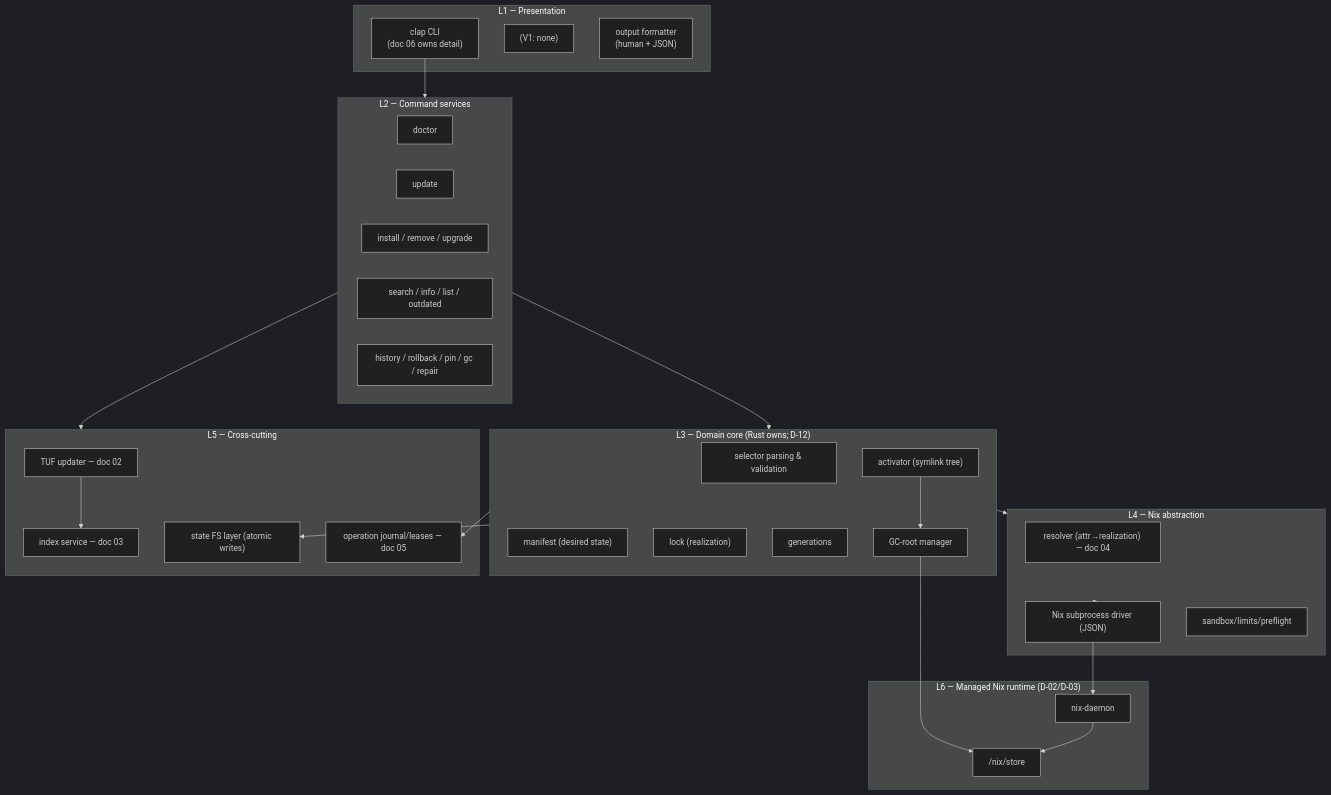
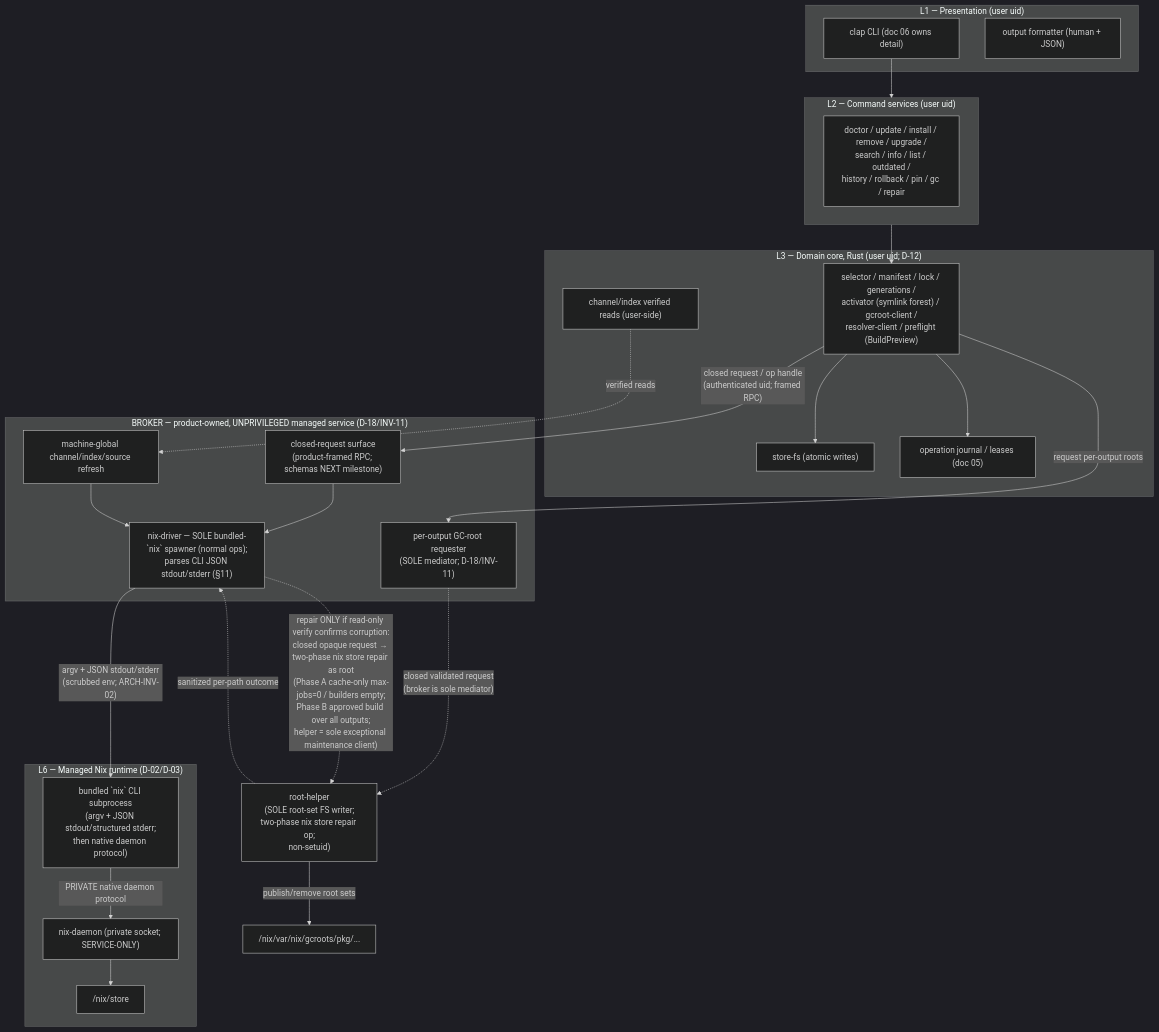
Before and after one commit to spa5k/pkg: the first of 5 diagrams in plans/01-system-architecture.md, drawn with Mermaid (dark theme). The commit also changed other lines of this file and 17 other files, not shown here.

Commit message:
docs: finalize managed Nix v1 architecture

````diff
--- a/plans/01-system-architecture.md
+++ b/plans/01-system-architecture.md
@@ -41,50 +45,46 @@
 ```mermaid
 flowchart TB
-  subgraph L1["L1 — Presentation"]
-    CLI["clap CLI<br/>(doc 06 owns detail)"]
-    TUI_MAYBE["(V1: none)"]
-    OutFmt["output formatter<br/>(human + JSON)"]
+  subgraph L1["L1 — Presentation (user uid)"]
+    CLI["clap CLI (doc 06 owns detail)"]
+    OutFmt["output formatter (human + JSON)"]
   end
 
-  subgraph L2["L2 — Command services"]
-    CmdDoc["doctor"]
-    CmdUpd["update"]
-    CmdInst["install / remove / upgrade"]
-    CmdQ["search / info / list / outdated"]
-    CmdState["history / rollback / pin / gc / repair"]
+  subgraph L2["L2 — Command services (user uid)"]
+    Cmds["doctor / update / install / remove / upgrade /<br/>search / info / list / outdated /<br/>history / rollback / pin / gc / repair"]
   end
 
-  subgraph L3["L3 — Domain core (Rust owns; D-12)"]
-    Selector["selector parsing & validation"]
-    Manifest["manifest (desired state)"]
-    Lock["lock (realization)"]
-    Gen["generations"]
-    Activator["activator (symlink tree)"]
-    GcRoot["GC-root manager"]
+  subgraph L3["L3 — Domain core, Rust (user uid; D-12)"]
+    Core["selector / manifest / lock / generations /<br/>activator (symlink forest) / gcroot-client /<br/>resolver-client / preflight (BuildPreview)"]
+    StoreFs["store-fs (atomic writes)"]
+    Journal["operation journal / leases (doc 05)"]
+    IndexRd["channel/index verified reads (user-side)"]
   end
 
-  subgraph L4["L4 — Nix abstraction"]
-    Resolver["resolver (attr→realization) — doc 04"]
-    NixDrv["Nix subprocess driver (JSON)"]
-    Sandbox["sandbox/limits/preflight"]
-  end
-
-  subgraph L5["L5 — Cross-cutting"]
-    Updater["TUF updater — doc 02"]
-    Index["index service — doc 03"]
-    StoreFs["state FS layer (atomic writes)"]
-    Journal["operation journal/leases — doc 05"]
+  subgraph BRK["BROKER — product-owned, UNPRIVILEGED managed service (D-18/INV-11)"]
+    BrkRpc["closed-request surface<br/>(product-framed RPC; schemas NEXT milestone)"]
+    NixDrv["nix-driver — SOLE bundled-`nix` spawner (normal ops);<br/>parses CLI JSON stdout/stderr (§11)"]
+    GcRoot["per-output GC-root requester<br/>(SOLE mediator; D-18/INV-11)"]
+    SvcUpd["machine-global channel/index/source refresh"]
   end
 
   subgraph L6["L6 — Managed Nix runtime (D-02/D-03)"]
-    Daemon["nix-daemon"]
+    NixCli["bundled `nix` CLI subprocess<br/>(argv + JSON stdout/structured stderr;<br/>then native daemon protocol)"]
+    Daemon["nix-daemon (private socket; SERVICE-ONLY)"]
     Store["/nix/store"]
   end
 
-  CLI --> L2 --> L3 --> L4
-  L4 --> NixDrv --> Daemon --> Store
-  L2 --> L5
-  L3 --> StoreFs & Journal
-  Activator --> GcRoot --> Store
-  Updater --> Index
+  CLI --> L2 --> Core
+  Core --> StoreFs & Journal
+  Core -- "closed request / op handle<br/>(authenticated uid; framed RPC)" --> BrkRpc
+  BrkRpc --> NixDrv
+  NixDrv -- "argv + JSON stdout/stderr<br/>(scrubbed env; ARCH-INV-02)" --> NixCli
+  NixCli -- "PRIVATE native daemon protocol" --> Daemon
+  Daemon --> Store
+  Core -- "request per-output roots" --> GcRoot
+  GcRoot -. "closed validated request<br/>(broker is sole mediator)" .-> Helper["root-helper<br/>(SOLE root-set FS writer;<br/>two-phase nix store repair op;<br/>non-setuid)"]
+  Helper -- "publish/remove root sets" --> GcRoots["/nix/var/nix/gcroots/pkg/..."]
+  NixDrv -. "repair ONLY if read-only verify confirms corruption:<br/>closed opaque request → two-phase nix store repair as root<br/>(Phase A cache-only max-jobs=0 / builders empty;<br/>Phase B approved build over all outputs;<br/>helper = sole exceptional maintenance client)" .-> Helper
+  Helper -. "sanitized per-path outcome" .-> NixDrv
+  SvcUpd --> NixDrv
+  IndexRd -. "verified reads" .-> SvcUpd
 ```
````
